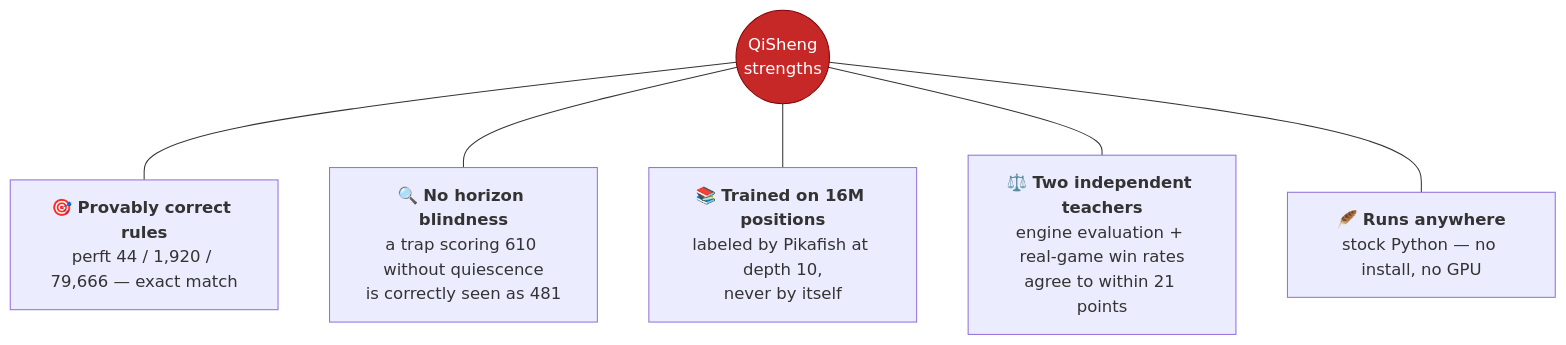
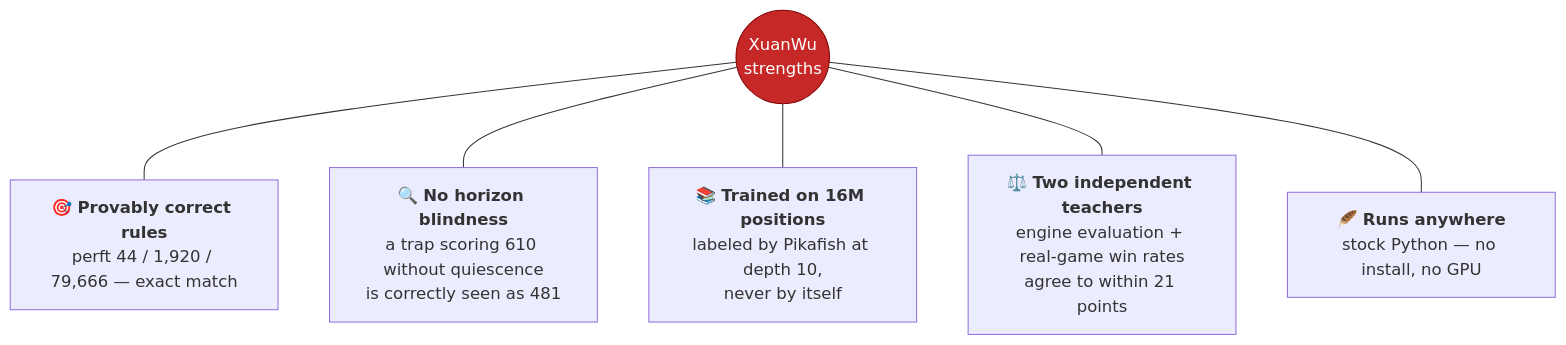
One commit to quannguyencoder/QiSheng-Xiangqi-Engine-v1 changed the third of 6 diagrams in README.md. Above: the diagram before and after it, drawn with Mermaid. The commit also changed other lines of this file and 94 other files, not shown here.

First line of the commit message:
Đổi tên dự án: QiSheng → XuanWu (玄武, Huyền Vũ)

````diff
--- a/README.md
+++ b/README.md
@@ -75,10 +79,10 @@
 ```mermaid
 flowchart TD
-    R(("QiSheng<br/>strengths"))
+    R(("XuanWu<br/>strengths"))
     R --- A["🎯 <b>Provably correct rules</b><br/>perft 44 / 1,920 / 79,666 — exact match"]
     R --- B["🔍 <b>No horizon blindness</b><br/>a trap scoring 610 without quiescence<br/>is correctly seen as 481"]
     R --- C["📚 <b>Trained on 16M positions</b><br/>labeled by Pikafish at depth 10,<br/>never by itself"]
     R --- D["⚖️ <b>Two independent teachers</b><br/>engine evaluation + real-game win rates<br/>agree to within 21 points"]
     R --- E["🪶 <b>Runs anywhere</b><br/>stock Python — no install, no GPU"]
     style R fill:#c62828,stroke:#7f0000,color:#fff
 ```
````
